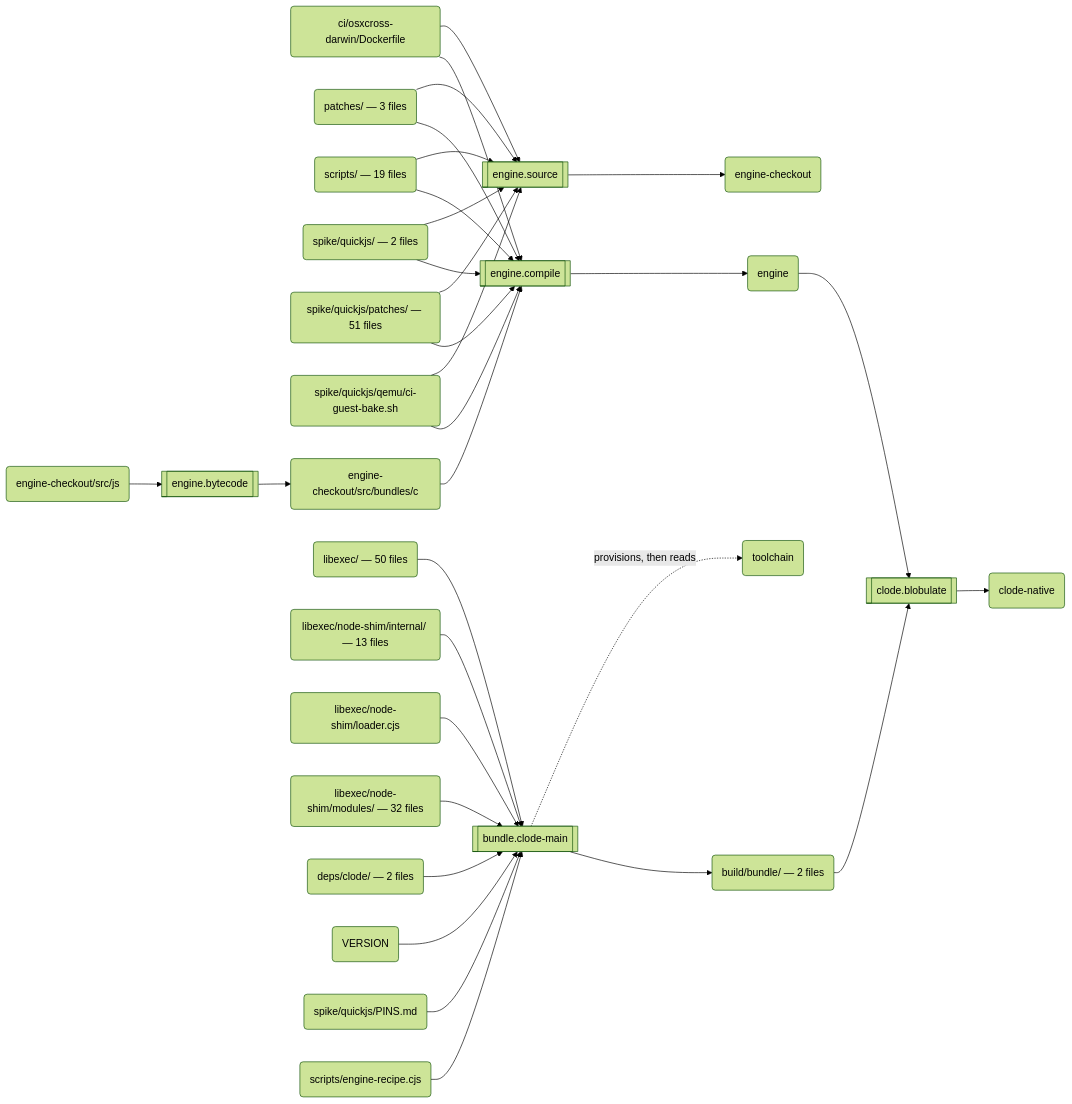
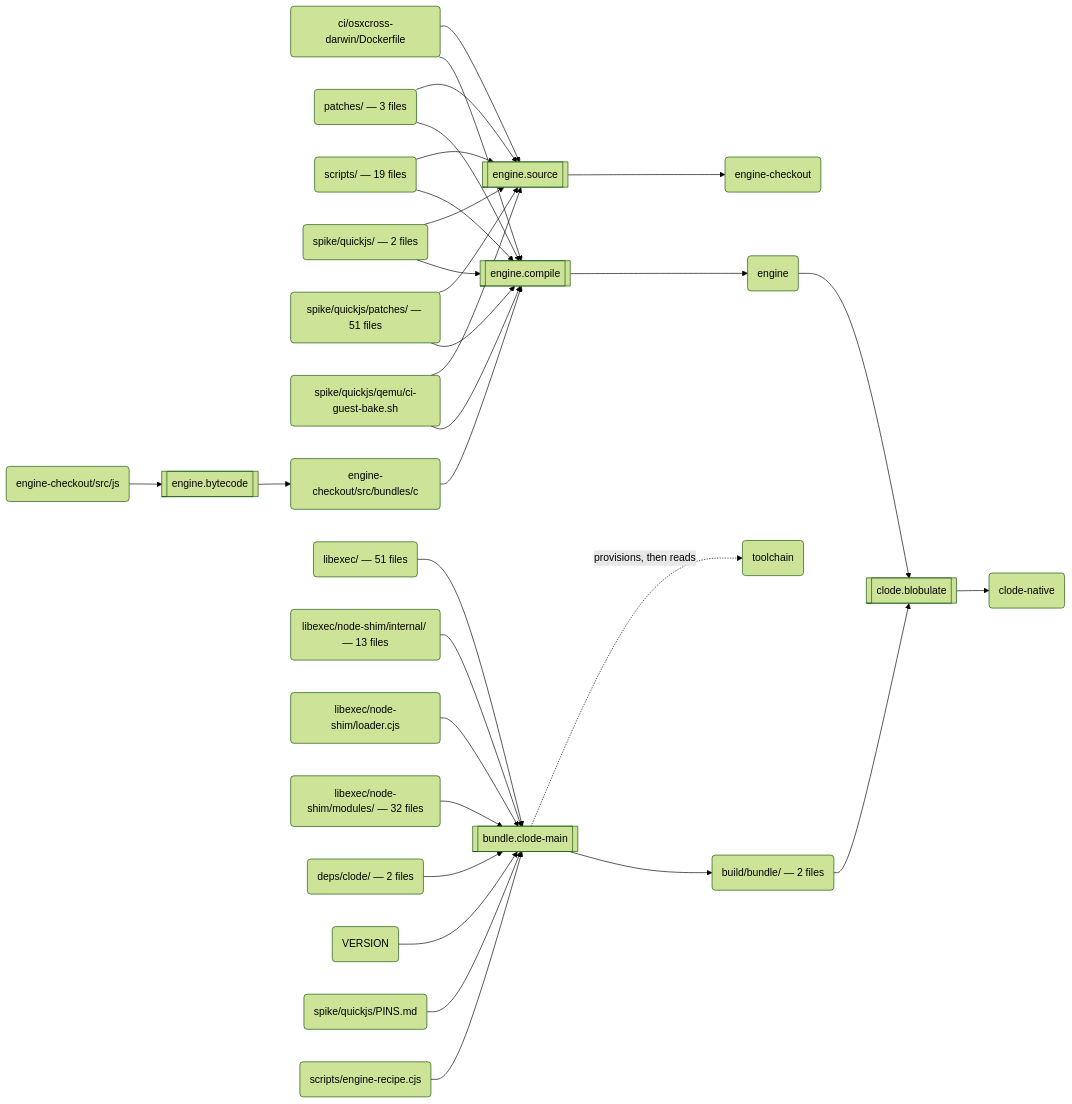
Before and after one commit to schmonz/clode: the second of 3 diagrams in docs/build.md, drawn with Mermaid (forest theme). The commit also changed 36 other files, not shown here.

````diff
--- a/docs/build.md
+++ b/docs/build.md
@@ -123,59 +123,59 @@
 ```mermaid
 flowchart LR
   s0[["engine.source"]]
   a0("ci/osxcross-darwin/Dockerfile")
   a1("patches/ — 3 files")
   a2("scripts/ — 19 files")
   a3("spike/quickjs/ — 2 files")
   a4("spike/quickjs/patches/ — 51 files")
   a5("spike/quickjs/qemu/ci-guest-bake.sh")
   a6("engine-checkout")
   s1[["engine.bytecode"]]
   a7("engine-checkout/src/js")
   a8("engine-checkout/src/bundles/c")
   s2[["engine.compile"]]
   a9("engine")
   s3[["bundle.clode-main"]]
-  a10("libexec/ — 50 files")
+  a10("libexec/ — 51 files")
   a11("libexec/node-shim/internal/ — 13 files")
   a12("libexec/node-shim/loader.cjs")
   a13("libexec/node-shim/modules/ — 32 files")
   a14("deps/clode/ — 2 files")
   a15("VERSION")
   a16("spike/quickjs/PINS.md")
   a17("scripts/engine-recipe.cjs")
   a18("toolchain")
   a19("build/bundle/ — 2 files")
   s4[["clode.blobulate"]]
   a20("clode-native")
   a0 --> s0
   a1 --> s0
   a2 --> s0
   a3 --> s0
   a4 --> s0
   a5 --> s0
   s0 --> a6
   a7 --> s1
   s1 --> a8
   a8 --> s2
   a0 --> s2
   a1 --> s2
   a2 --> s2
   a3 --> s2
   a4 --> s2
   a5 --> s2
   s2 --> a9
   a10 --> s3
   a11 --> s3
   a12 --> s3
   a13 --> s3
   a14 --> s3
   a15 --> s3
   a16 --> s3
   a17 --> s3
   s3 -.->|"provisions, then reads"| a18
   s3 --> a19
   a9 --> s4
   a19 --> s4
   s4 --> a20
 ```
````
